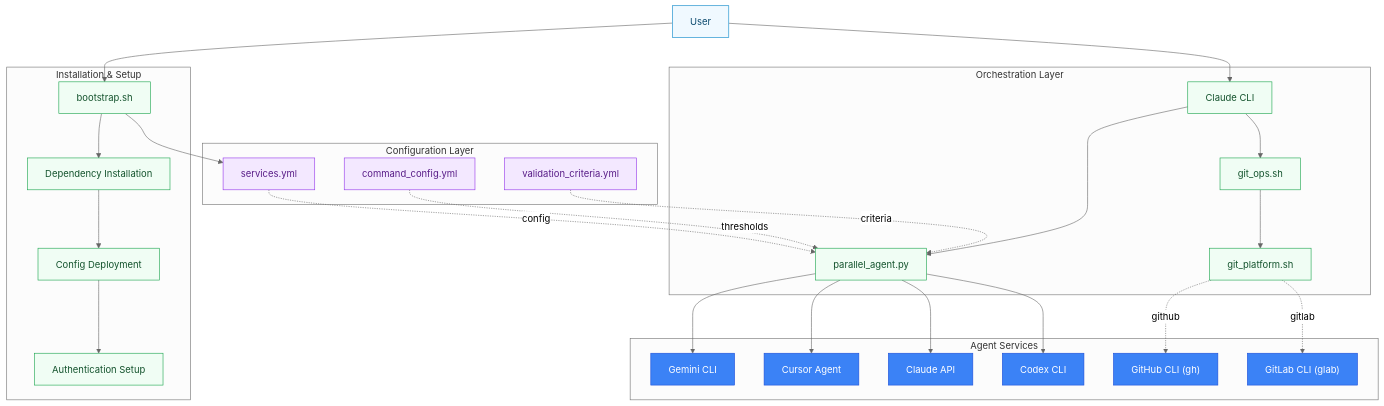
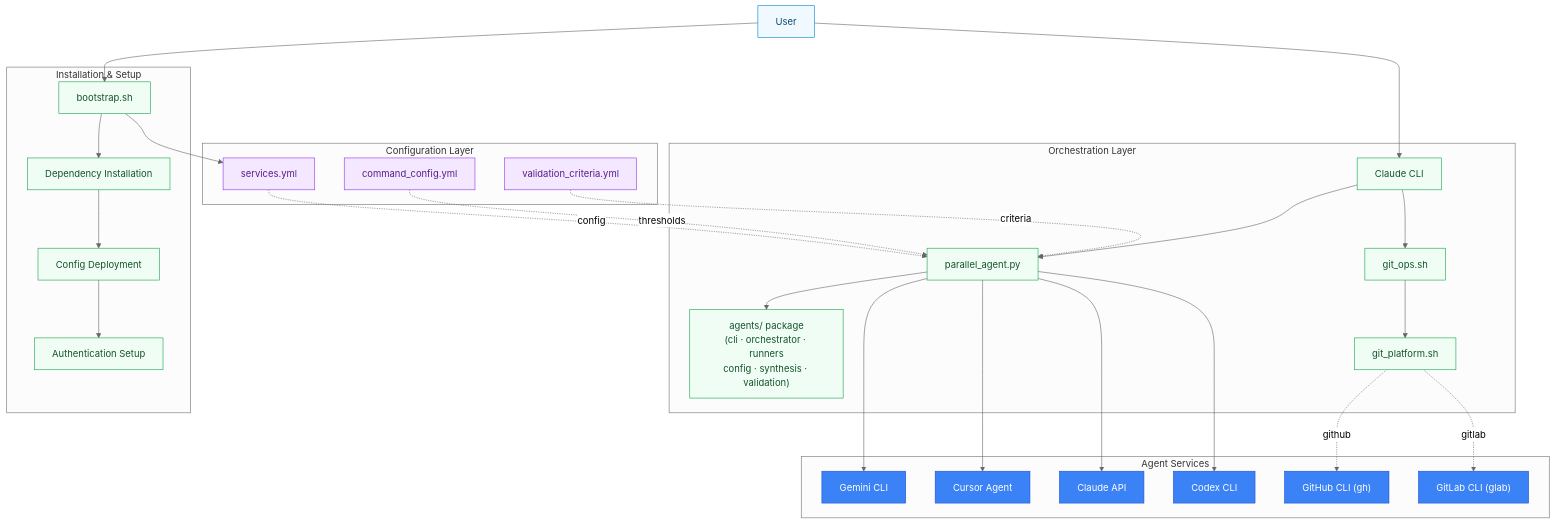
The first of 14 diagrams in docs/ARCHITECTURE_DIAGRAMS.md (RB-chrismandich/Manifest), drawn with Mermaid before and after one commit. The commit also changed other lines of this file and 5 other files, not shown here.

````diff
--- a/docs/ARCHITECTURE_DIAGRAMS.md
+++ b/docs/ARCHITECTURE_DIAGRAMS.md
@@ -32,59 +33,61 @@
 ```mermaid
 %%{init: {'theme':'neutral'}}%%
 flowchart TB
     classDef input fill:#f0f9ff,stroke:#0284c7,color:#0c4a6e
     classDef process fill:#f0fdf4,stroke:#16a34a,color:#14532d
     classDef output fill:#fef3c7,stroke:#d97706,color:#78350f
     classDef config fill:#f3e8ff,stroke:#9333ea,color:#581c87
     classDef external fill:#3b82f6,stroke:#1d4ed8,color:#fff
 
     USER["User"]:::input
     BOOTSTRAP["bootstrap.sh"]:::process
     CLAUDE_CLI["Claude CLI"]:::process
 
     subgraph "Installation & Setup"
         BOOTSTRAP
         INSTALL["Dependency Installation"]:::process
         DEPLOY["Config Deployment"]:::process
         AUTH["Authentication Setup"]:::process
         BOOTSTRAP --> INSTALL --> DEPLOY --> AUTH
     end
 
     subgraph "Configuration Layer"
         SERVICES["services.yml"]:::config
         COMMAND_CFG["command_config.yml"]:::config
         VALIDATION_CFG["validation_criteria.yml"]:::config
     end
 
     subgraph "Orchestration Layer"
         CLAUDE_CLI
         PARALLEL_PY["parallel_agent.py"]:::process
+        AGENTS_PKG["agents/ package\n(cli · orchestrator · runners\nconfig · synthesis · validation)"]:::process
         GIT_PLATFORM["git_platform.sh"]:::process
         GIT_OPS["git_ops.sh"]:::process
     end
 
     subgraph "Agent Services"
         GEMINI["Gemini CLI"]:::external
         CURSOR["Cursor Agent"]:::external
         CLAUDE_API["Claude API"]:::external
         CODEX["Codex CLI"]:::external
         GH["GitHub CLI (gh)"]:::external
         GLAB["GitLab CLI (glab)"]:::external
     end
 
     USER --> BOOTSTRAP
     BOOTSTRAP --> SERVICES
     USER --> CLAUDE_CLI
     CLAUDE_CLI --> PARALLEL_PY
+    PARALLEL_PY --> AGENTS_PKG
     CLAUDE_CLI --> GIT_OPS
     GIT_OPS --> GIT_PLATFORM
     GIT_PLATFORM -.->|github| GH
     GIT_PLATFORM -.->|gitlab| GLAB
     PARALLEL_PY --> GEMINI
     PARALLEL_PY --> CURSOR
     PARALLEL_PY --> CLAUDE_API
     PARALLEL_PY --> CODEX
     SERVICES -.->|config| PARALLEL_PY
     COMMAND_CFG -.->|thresholds| PARALLEL_PY
     VALIDATION_CFG -.->|criteria| PARALLEL_PY
 ```
````
